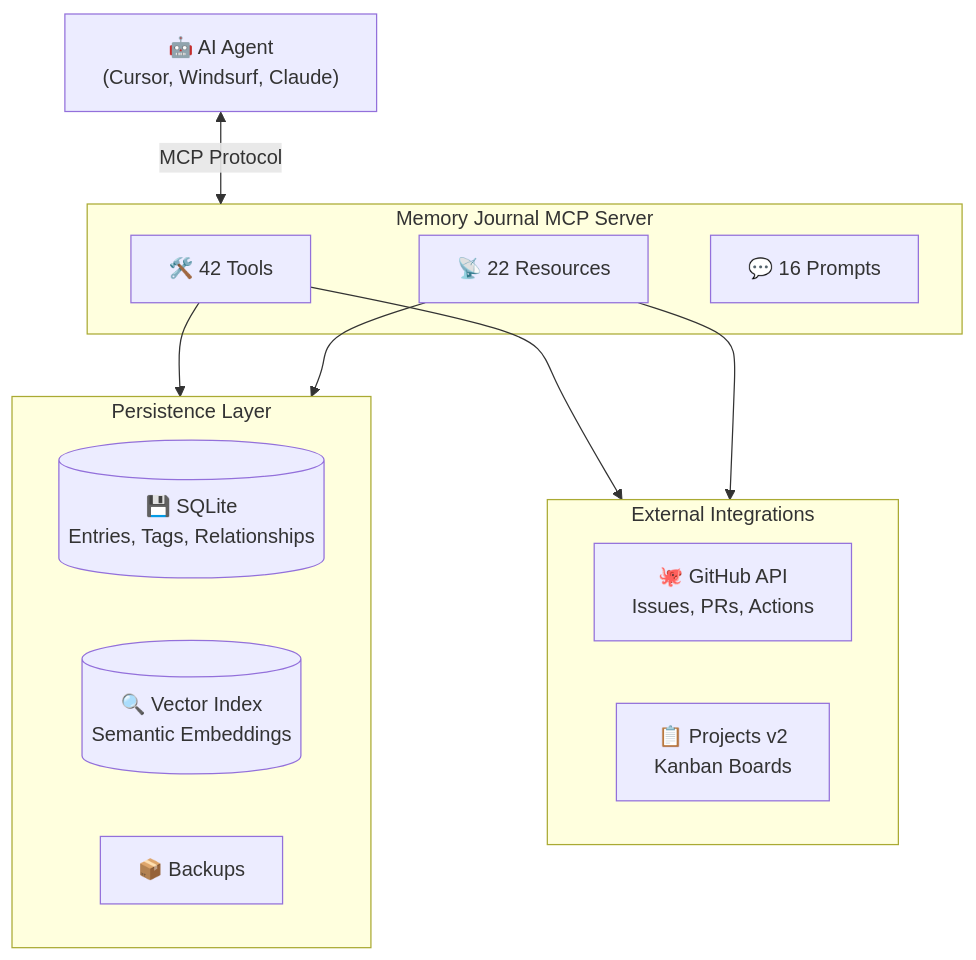
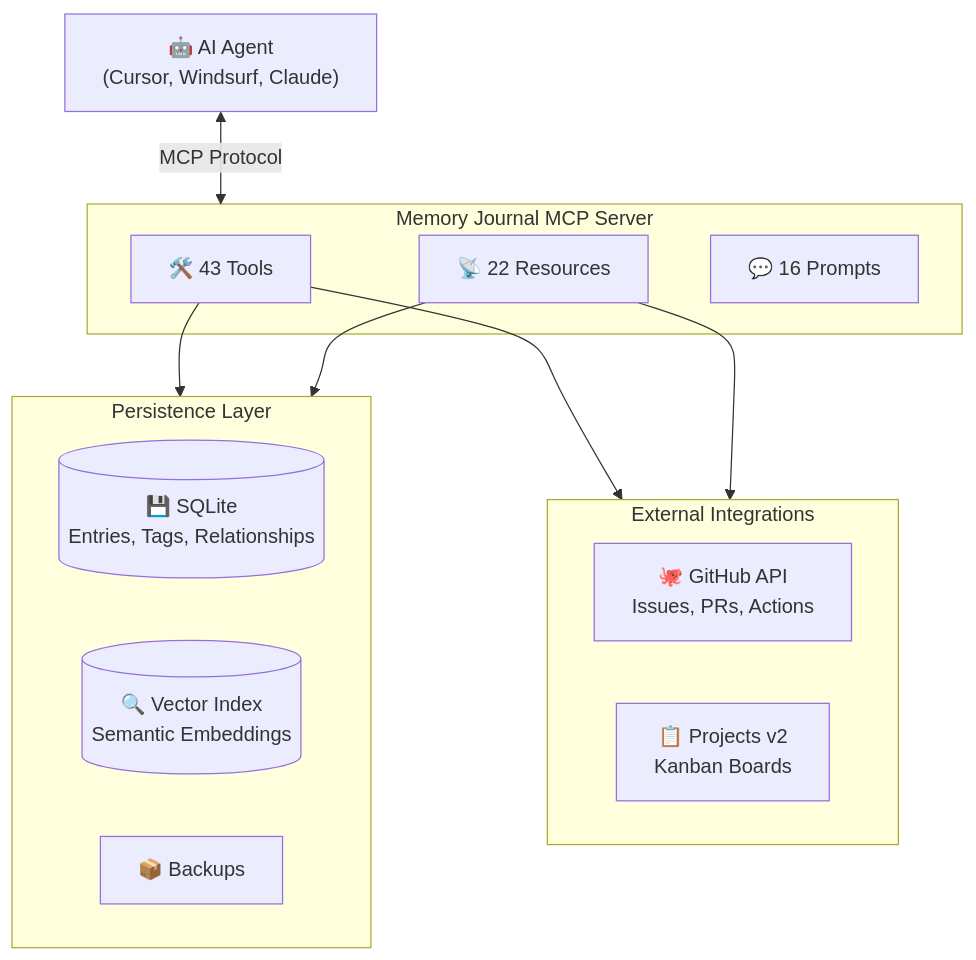
Before and after one commit to neverinfamous/memory-journal-mcp: the second of 2 diagrams in README.md, drawn with Mermaid. The commit also changed other lines of this file and 26 other files, not shown here.

````diff
--- a/README.md
+++ b/README.md
@@ -461,27 +506,27 @@
 ```mermaid
 flowchart TB
     AI["🤖 AI Agent<br/>(Cursor, Windsurf, Claude)"]
 
     subgraph MCP["Memory Journal MCP Server"]
-        Tools["🛠️ 42 Tools"]
+        Tools["🛠️ 43 Tools"]
         Resources["📡 22 Resources"]
         Prompts["💬 16 Prompts"]
     end
 
     subgraph Storage["Persistence Layer"]
         SQLite[("💾 SQLite<br/>Entries, Tags, Relationships")]
         Vector[("🔍 Vector Index<br/>Semantic Embeddings")]
         Backups["📦 Backups"]
     end
 
     subgraph External["External Integrations"]
         GitHub["🐙 GitHub API<br/>Issues, PRs, Actions"]
         Kanban["📋 Projects v2<br/>Kanban Boards"]
     end
 
     AI <-->|"MCP Protocol"| MCP
     Tools --> Storage
     Tools --> External
     Resources --> Storage
     Resources --> External
 ```
````
